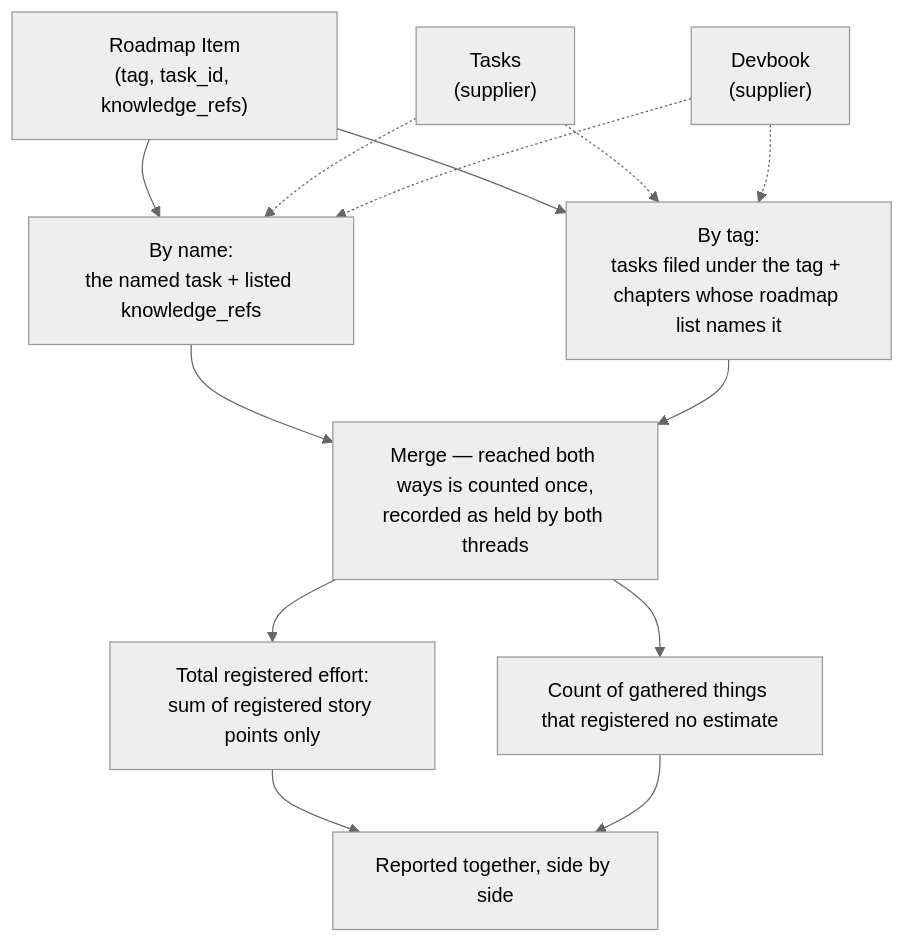
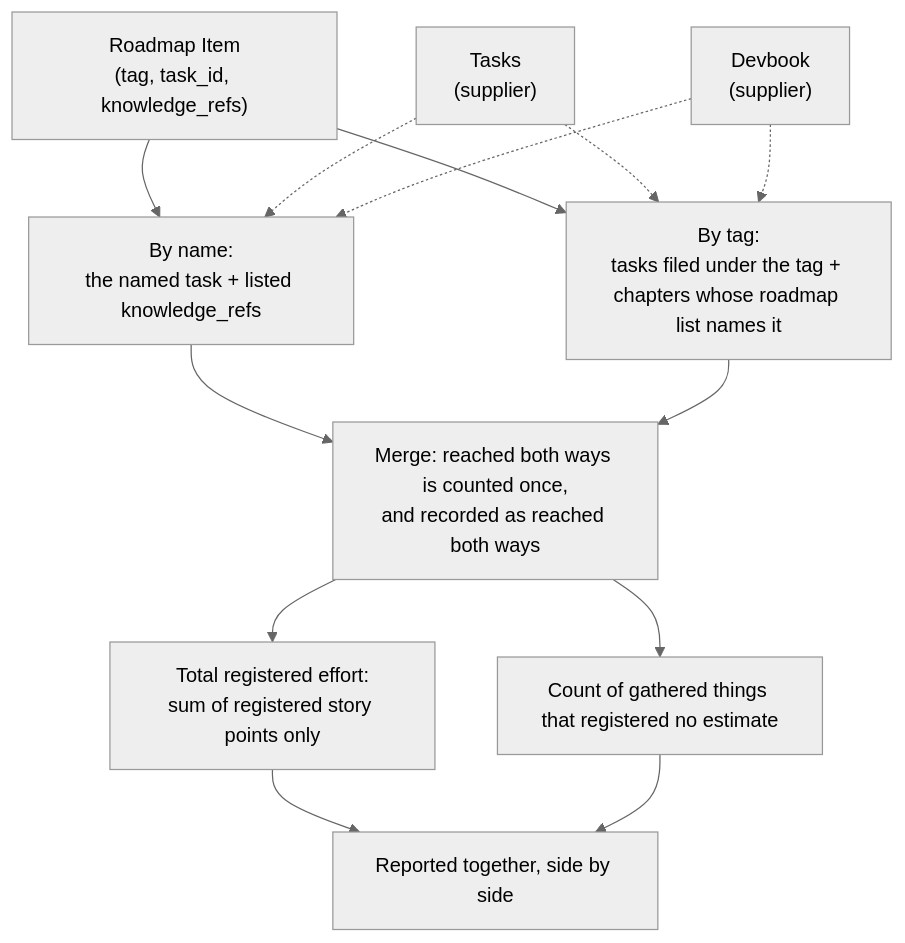
The fifth of 5 diagrams in .devbook/domain/roadmap/flow.md (JSdotNet/Backlog), drawn with Mermaid (neutral theme) before and after one commit. The commit also changed other lines of this file and 131 other files, not shown here.

````diff
--- a/.devbook/domain/roadmap/flow.md
+++ b/.devbook/domain/roadmap/flow.md
@@ -112,16 +136,16 @@
 ```mermaid
 flowchart TD
     Item["Roadmap Item<br/>(tag, task_id, knowledge_refs)"]
     Item --> Named["By name:<br/>the named task + listed knowledge_refs"]
     Item --> Tagged["By tag:<br/>tasks filed under the tag + chapters whose roadmap list names it"]
     Tasks["Tasks<br/>(supplier)"] -.-> Tagged
     Tasks -.-> Named
-    Brain["Devbook<br/>(supplier)"] -.-> Tagged
-    Brain -.-> Named
-    Named --> Dedup["Merge — reached both ways is counted once,<br/>recorded as held by both threads"]
+    Devbook["Devbook<br/>(supplier)"] -.-> Tagged
+    Devbook -.-> Named
+    Named --> Dedup["Merge: reached both ways is counted once,<br/>and recorded as reached both ways"]
     Tagged --> Dedup
     Dedup --> Total["Total registered effort:<br/>sum of registered story points only"]
     Dedup --> Unestimated["Count of gathered things that registered no estimate"]
     Total --> Report["Reported together, side by side"]
     Unestimated --> Report
 ```
````
